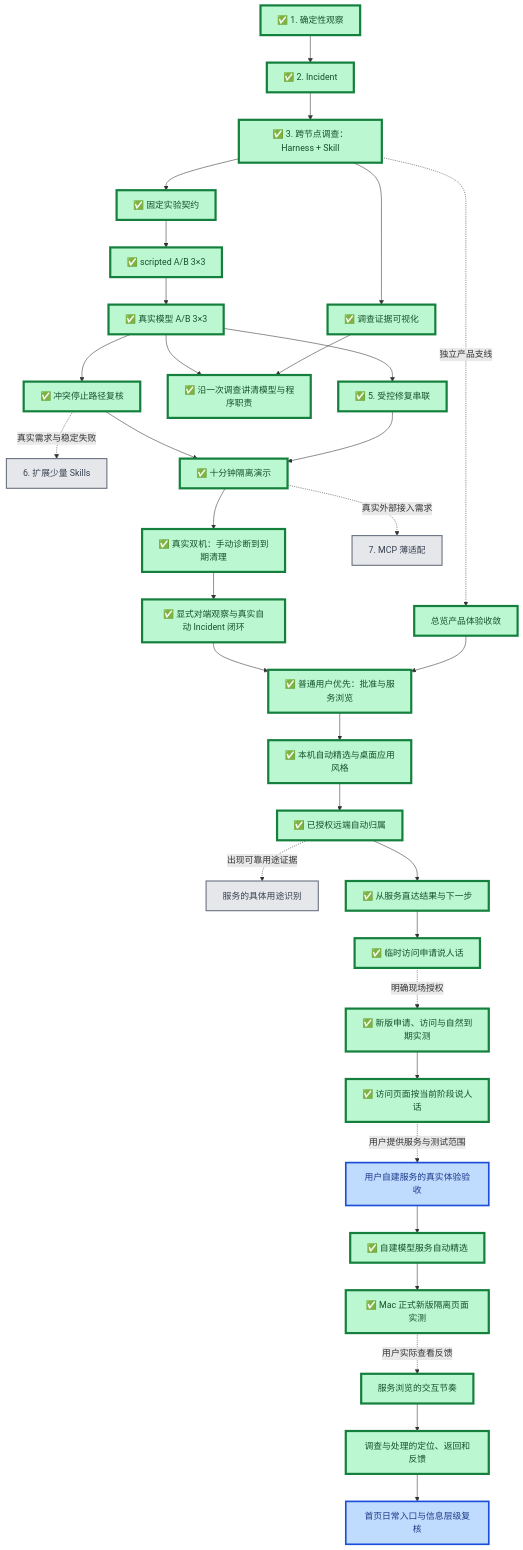
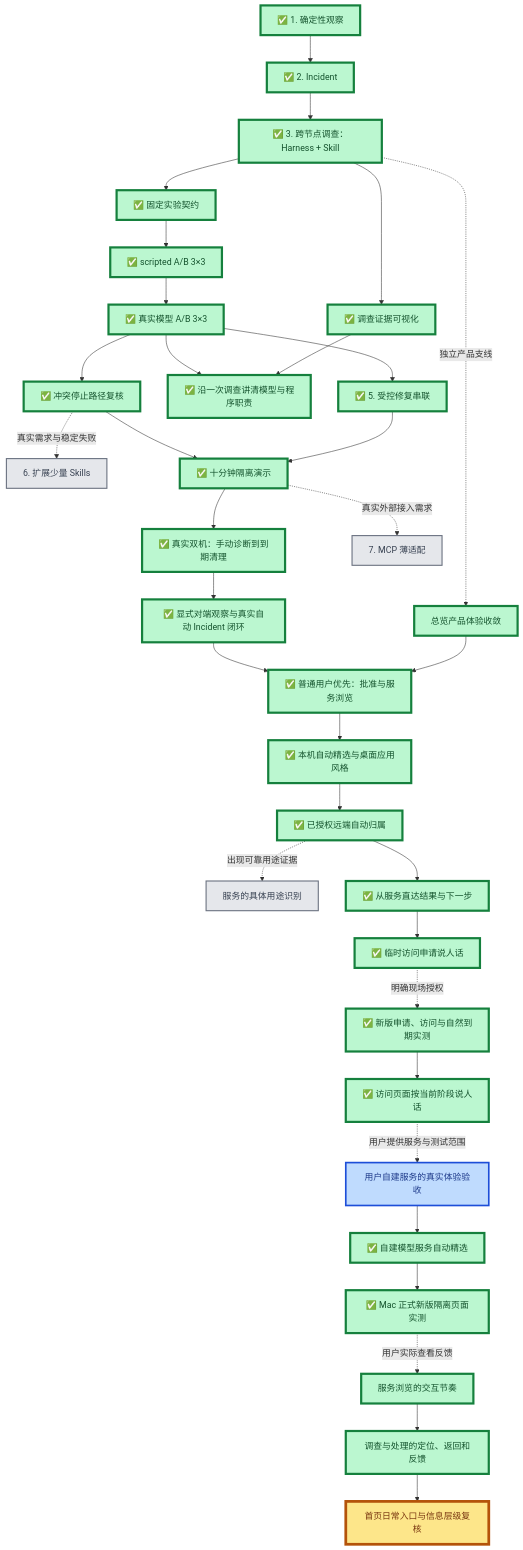
One commit to Sugarfarmeriod/TunnelMinion changed the first of 2 diagrams in docs/project/roadmap.md. Above: the diagram before and after it, drawn with Mermaid. The commit also changed other lines of this file and 11 other files, not shown here.

````diff
--- a/docs/project/roadmap.md
+++ b/docs/project/roadmap.md
@@ -8,62 +8,62 @@
 ```mermaid
 flowchart TB
     A["✅ 1. 确定性观察"] --> B["✅ 2. Incident"]
     B --> C["✅ 3. 跨节点调查：Harness + Skill"]
 
     C --> D1["✅ 固定实验契约"]
     D1 --> D2["✅ scripted A/B 3×3"]
     D2 --> D3["✅ 真实模型 A/B 3×3"]
 
     D3 --> E["✅ 5. 受控修复串联"]
     C --> V["✅ 调查证据可视化"]
     V --> W["✅ 沿一次调查讲清模型与程序职责"]
     D3 --> W
     D3 --> F["✅ 冲突停止路径复核"]
     F -.真实需求与稳定失败.-> K["6. 扩展少量 Skills"]
     E --> H["✅ 十分钟隔离演示"]
     F --> H
     H --> R["✅ 真实双机：手动诊断到到期清理"]
     R --> I["✅ 显式对端观察与真实自动 Incident 闭环"]
     H -.真实外部接入需求.-> G["7. MCP 薄适配"]
 
     C -.独立产品支线.-> U["总览产品体验收敛"]
     U --> P["✅ 普通用户优先：批准与服务浏览"]
     I --> P
     P --> Q["✅ 本机自动精选与桌面应用风格"]
     Q --> Q2["✅ 已授权远端自动归属"]
     Q2 -.出现可靠用途证据.-> Q3["服务的具体用途识别"]
     Q2 --> Q4["✅ 从服务直达结果与下一步"]
     Q4 --> Q5["✅ 临时访问申请说人话"]
     Q5 -.明确现场授权.-> Q6["✅ 新版申请、访问与自然到期实测"]
     Q6 --> Q7["✅ 访问页面按当前阶段说人话"]
     Q7 -.用户提供服务与测试范围.-> Q8["用户自建服务的真实体验验收"]
     Q8 --> Q9["✅ 自建模型服务自动精选"]
     Q9 --> Q10["✅ Mac 正式新版隔离页面实测"]
     Q10 -.用户实际查看反馈.-> Q11["服务浏览的交互节奏"]
     Q11 --> Q12["调查与处理的定位、返回和反馈"]
     Q12 --> Q13["首页日常入口与信息层级复核"]
 
     classDef done fill:#bbf7d0,stroke:#15803d,stroke-width:4px,color:#14532d;
     classDef current fill:#fde68a,stroke:#b45309,stroke-width:5px,color:#78350f;
     classDef next fill:#bfdbfe,stroke:#1d4ed8,stroke-width:3px,color:#1e3a8a;
     classDef later fill:#e5e7eb,stroke:#6b7280,stroke-width:2px,color:#374151;
     class A,B,C,D1,D2,D3,E,F,H,R,V done;
     class U done;
     class W done;
     class I done;
     class G,K later;
     class P done;
     class Q done;
     class Q2 done;
     class Q3 later;
     class Q4 done;
     class Q5 done;
     class Q6 done;
     class Q7 done;
     class Q8 next;
     class Q9 done;
     class Q10 done;
     class Q11 done;
     class Q12 done;
-    class Q13 next;
+    class Q13 current;
 ```
````
